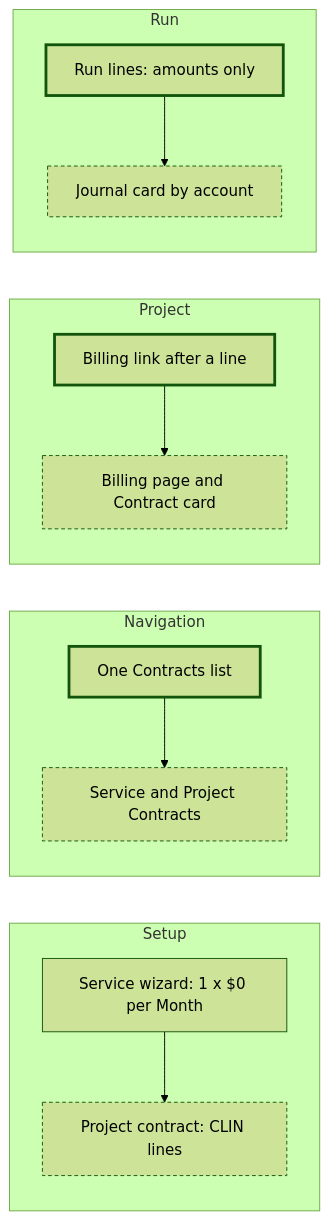
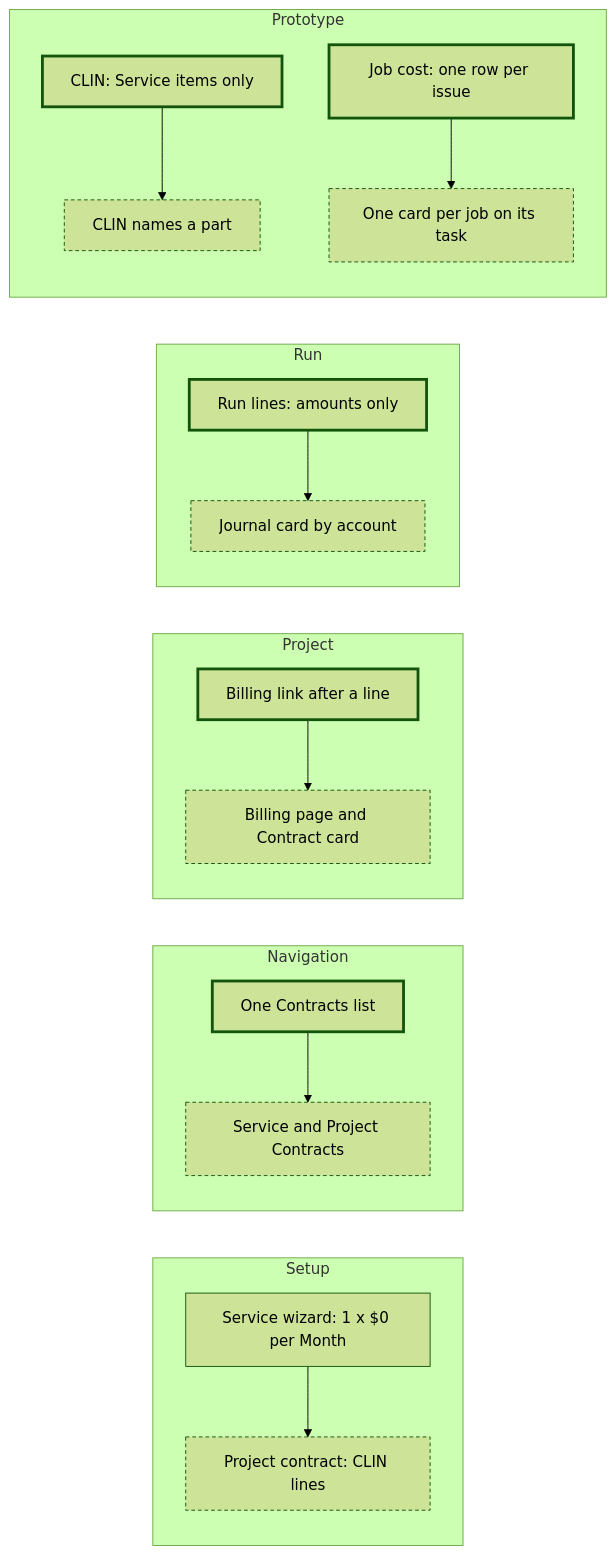
Before and after one commit to crbnos/carbon: the diagram in .ai/specs/2026-10-21-project-contracts.md, drawn with Mermaid (forest theme). The commit also changed other lines of this file and 2 other files, not shown here.

First line of the commit message:
docs(ai): prototype CLINs — spec section 10, plan tasks 21-38, JAMIS research

````diff
--- a/.ai/specs/2026-10-21-project-contracts.md
+++ b/.ai/specs/2026-10-21-project-contracts.md
@@ -24,17 +29,21 @@
 ```mermaid
 flowchart LR
   subgraph Setup
     A["Service wizard: 1 x $0 per Month"] --> B["Project contract: CLIN lines"]:::new
   end
   subgraph Navigation
     C["One Contracts list"]:::hot --> D["Service and Project Contracts"]:::new
   end
   subgraph Project
     E["Billing link after a line"]:::hot --> F["Billing page and Contract card"]:::new
   end
   subgraph Run
     G["Run lines: amounts only"]:::hot --> H["Journal card by account"]:::new
   end
+  subgraph Prototype
+    I["CLIN: Service items only"]:::hot --> J["CLIN names a part"]:::new
+    K["Job cost: one row per issue"]:::hot --> L["One card per job on its task"]:::new
+  end
   classDef hot stroke-width:3px
   classDef new stroke-dasharray:4 3
 ```
````
